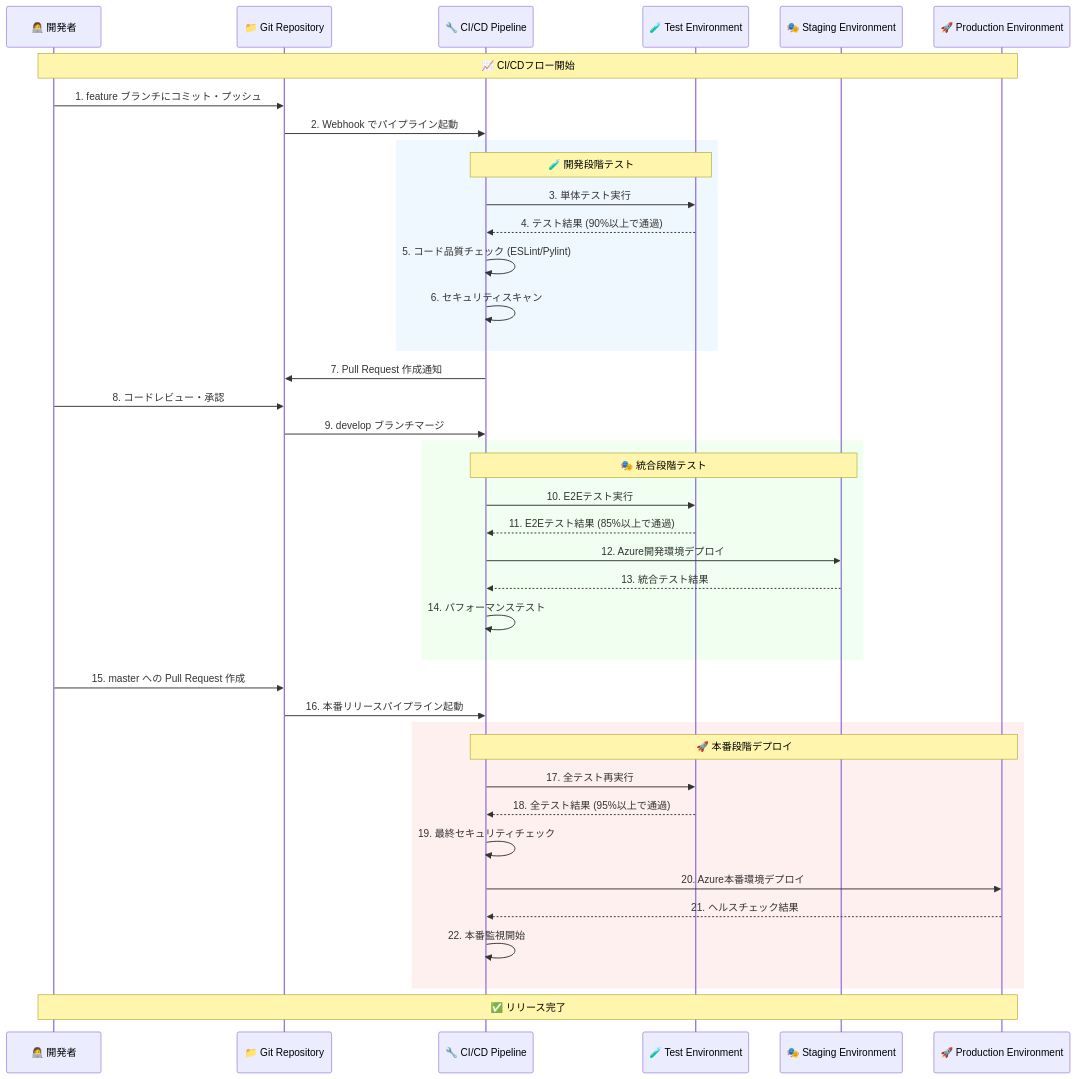
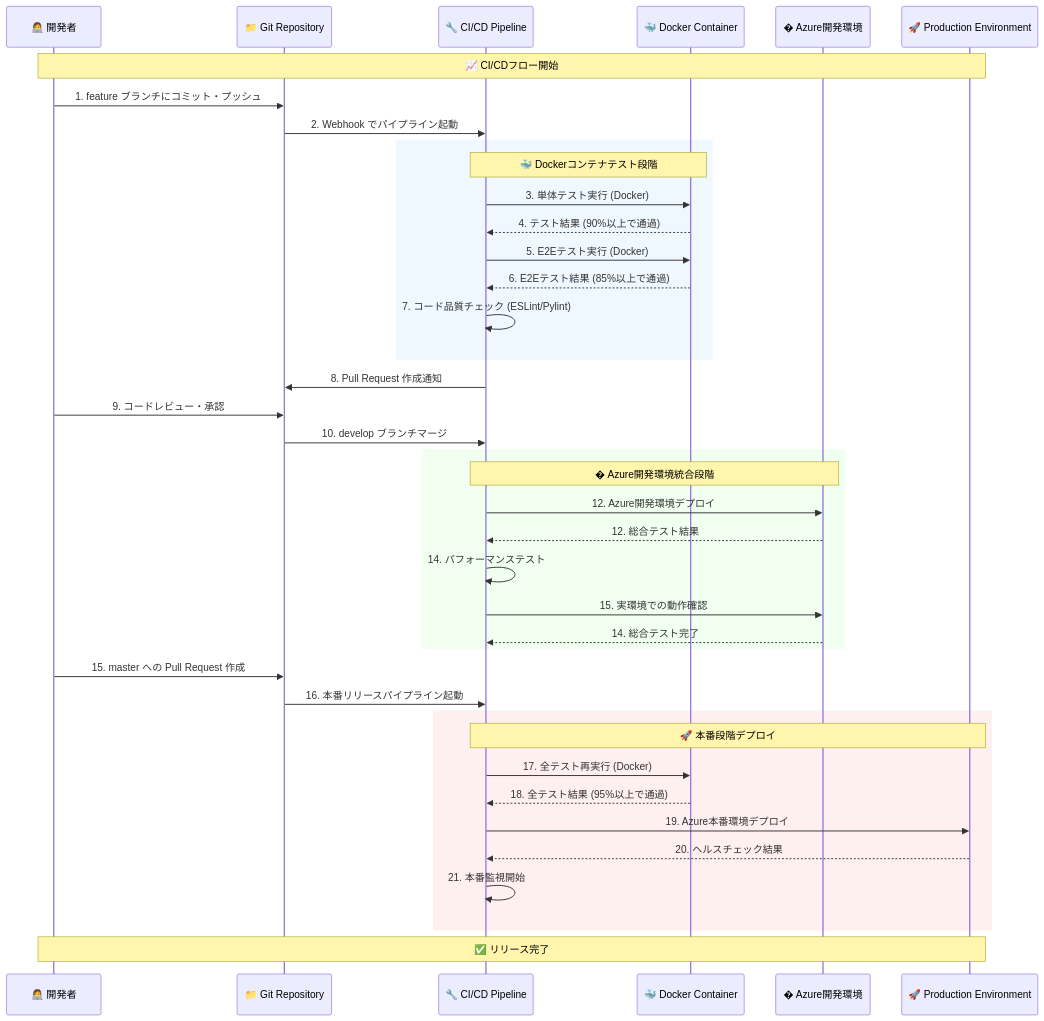
The second of 4 diagrams in docs/CI_CD_GUIDE.md (ando-front/azureDevOps), drawn with Mermaid before and after one commit. The commit also changed other lines of this file and 2 other files, not shown here.

````diff
--- a/docs/CI_CD_GUIDE.md
+++ b/docs/CI_CD_GUIDE.md
@@ -98,50 +103,50 @@
 ```mermaid
 sequenceDiagram
     participant Dev as 👩‍💻 開発者
     participant Git as 📁 Git Repository
     participant CI as 🔧 CI/CD Pipeline
-    participant Test as 🧪 Test Environment
-    participant Stage as 🎭 Staging Environment
+    participant Docker as 🐳 Docker Container
+    participant DevEnv as � Azure開発環境
     participant Prod as 🚀 Production Environment
     
     Note over Dev,Prod: 📈 CI/CDフロー開始
     
     Dev->>Git: 1. feature ブランチにコミット・プッシュ
     Git->>CI: 2. Webhook でパイプライン起動
     
     rect rgb(240, 248, 255)
-        Note over CI,Test: 🧪 開発段階テスト
-        CI->>Test: 3. 単体テスト実行
-        Test-->>CI: 4. テスト結果 (90%以上で通過)
-        CI->>CI: 5. コード品質チェック (ESLint/Pylint)
-        CI->>CI: 6. セキュリティスキャン
+        Note over CI,Docker: 🐳 Dockerコンテナテスト段階
+        CI->>Docker: 3. 単体テスト実行 (Docker)
+        Docker-->>CI: 4. テスト結果 (90%以上で通過)
+        CI->>Docker: 5. E2Eテスト実行 (Docker)
+        Docker-->>CI: 6. E2Eテスト結果 (85%以上で通過)
+        CI->>CI: 7. コード品質チェック (ESLint/Pylint)
     end
     
-    CI->>Git: 7. Pull Request 作成通知
-    Dev->>Git: 8. コードレビュー・承認
-    Git->>CI: 9. develop ブランチマージ
+    CI->>Git: 8. Pull Request 作成通知
+    Dev->>Git: 9. コードレビュー・承認
+    Git->>CI: 10. develop ブランチマージ
     
     rect rgb(240, 255, 240)
-        Note over CI,Stage: 🎭 統合段階テスト
-        CI->>Test: 10. E2Eテスト実行
-        Test-->>CI: 11. E2Eテスト結果 (85%以上で通過)
-        CI->>Stage: 12. Azure開発環境デプロイ
-        Stage-->>CI: 13. 統合テスト結果
+        Note over CI,DevEnv: � Azure開発環境統合段階
+        CI->>DevEnv: 12. Azure開発環境デプロイ
+        DevEnv-->>CI: 12. 総合テスト結果
         CI->>CI: 14. パフォーマンステスト
+        CI->>DevEnv: 15. 実環境での動作確認
+        DevEnv-->>CI: 14. 総合テスト完了
     end
     
     Dev->>Git: 15. master への Pull Request 作成
     Git->>CI: 16. 本番リリースパイプライン起動
     
     rect rgb(255, 240, 240)
         Note over CI,Prod: 🚀 本番段階デプロイ
-        CI->>Test: 17. 全テスト再実行
-        Test-->>CI: 18. 全テスト結果 (95%以上で通過)
-        CI->>CI: 19. 最終セキュリティチェック
-        CI->>Prod: 20. Azure本番環境デプロイ
-        Prod-->>CI: 21. ヘルスチェック結果
-        CI->>CI: 22. 本番監視開始
+        CI->>Docker: 17. 全テスト再実行 (Docker)
+        Docker-->>CI: 18. 全テスト結果 (95%以上で通過)
+        CI->>Prod: 19. Azure本番環境デプロイ
+        Prod-->>CI: 20. ヘルスチェック結果
+        CI->>CI: 21. 本番監視開始
     end
     
     Note over Dev,Prod: ✅ リリース完了
 ```
````
